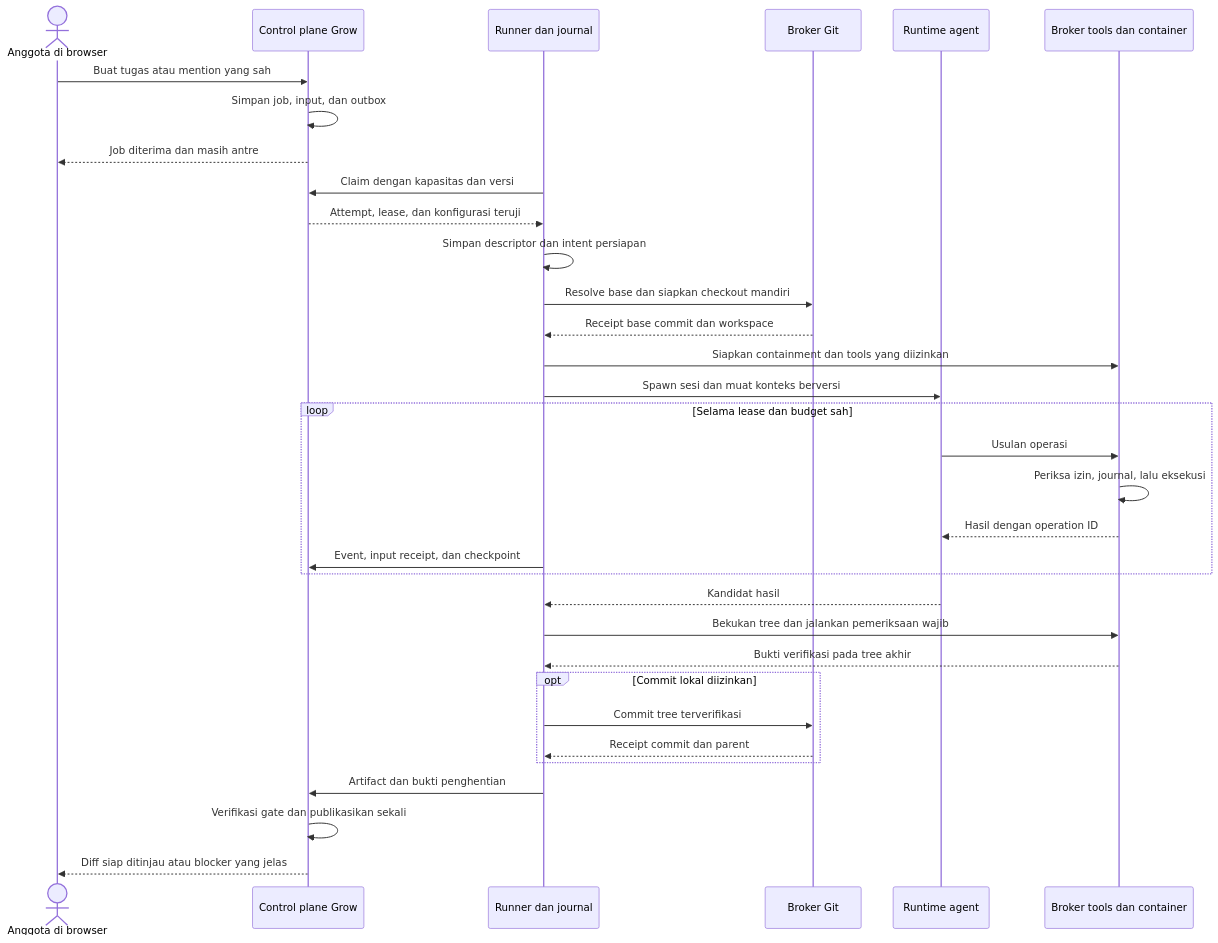
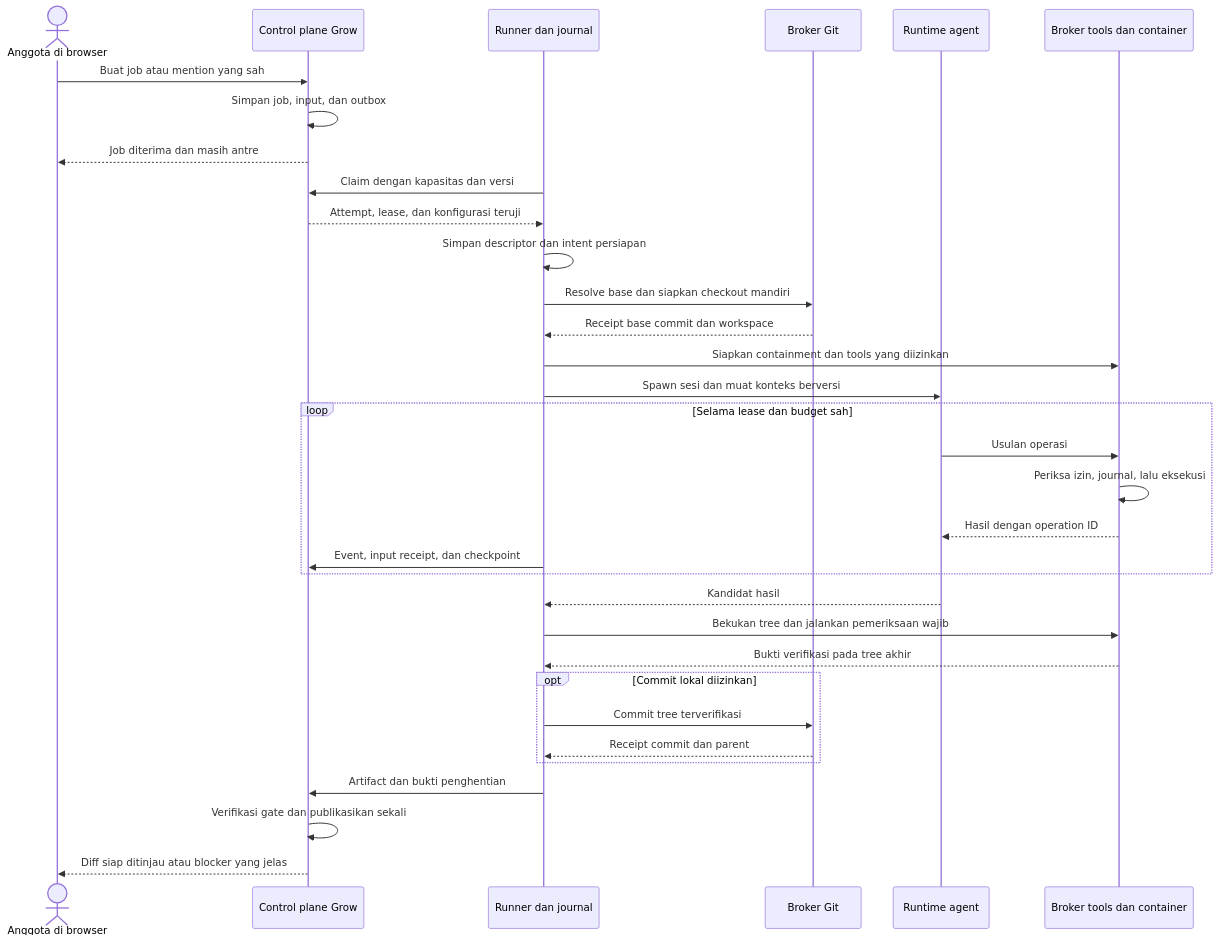
The diagram in internals/docs/spec/2026-09-22-agent-execution-context-skills-and-mcp.md (Growth-Circle/grow-team), drawn with Mermaid before and after one commit. The commit also changed other lines of this file and 3 other files, not shown here.

````diff
--- a/internals/docs/spec/2026-09-22-agent-execution-context-skills-and-mcp.md
+++ b/internals/docs/spec/2026-09-22-agent-execution-context-skills-and-mcp.md
@@ -134,35 +134,35 @@
 ```mermaid
 sequenceDiagram
     actor U as Anggota di browser
     participant C as Control plane Grow
     participant R as Runner dan journal
     participant G as Broker Git
     participant A as Runtime agent
     participant T as Broker tools dan container
-    U->>C: Buat tugas atau mention yang sah
+    U->>C: Buat job atau mention yang sah
     C->>C: Simpan job, input, dan outbox
     C-->>U: Job diterima dan masih antre
     R->>C: Claim dengan kapasitas dan versi
     C-->>R: Attempt, lease, dan konfigurasi teruji
     R->>R: Simpan descriptor dan intent persiapan
     R->>G: Resolve base dan siapkan checkout mandiri
     G-->>R: Receipt base commit dan workspace
     R->>T: Siapkan containment dan tools yang diizinkan
     R->>A: Spawn sesi dan muat konteks berversi
     loop Selama lease dan budget sah
         A->>T: Usulan operasi
         T->>T: Periksa izin, journal, lalu eksekusi
         T-->>A: Hasil dengan operation ID
         R->>C: Event, input receipt, dan checkpoint
     end
     A-->>R: Kandidat hasil
     R->>T: Bekukan tree dan jalankan pemeriksaan wajib
     T-->>R: Bukti verifikasi pada tree akhir
     opt Commit lokal diizinkan
         R->>G: Commit tree terverifikasi
         G-->>R: Receipt commit dan parent
     end
     R->>C: Artifact dan bukti penghentian
     C->>C: Verifikasi gate dan publikasikan sekali
     C-->>U: Diff siap ditinjau atau blocker yang jelas
 ```
````
